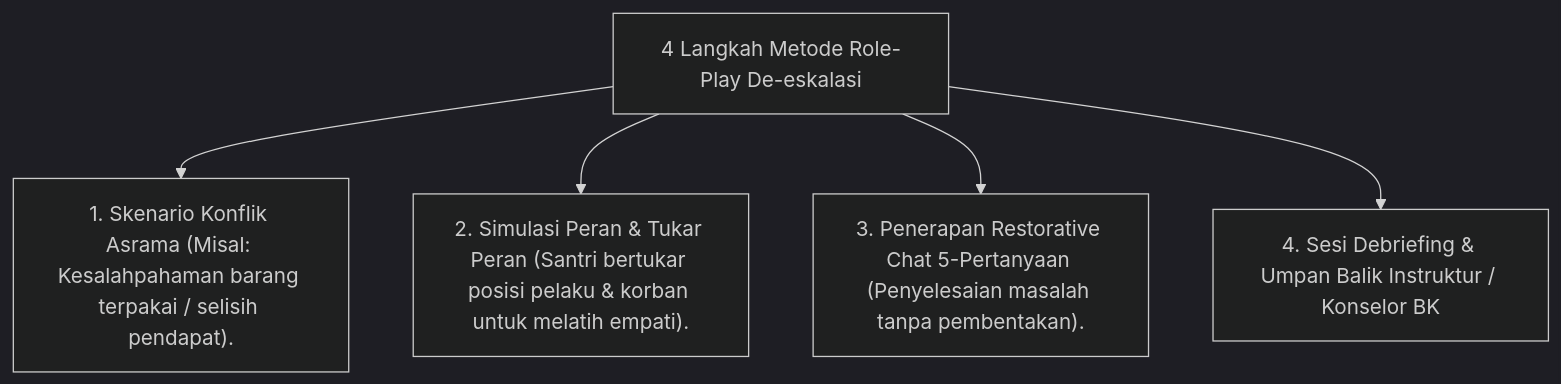
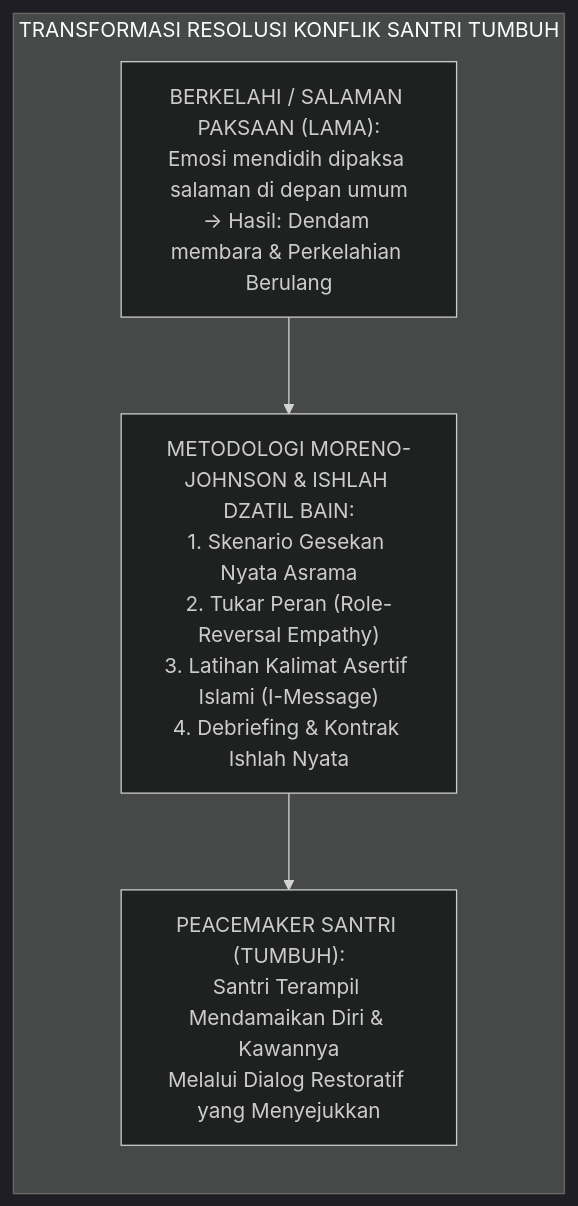
The first of 2 diagrams in 10 Methods/06 Experiential Learning/P10-06-03-Metode-Simulasi-Role-Play-Dan-De-eskalasi-Konflik.md (wandiapriliyandi/tumbuh), drawn with Mermaid (dark theme) before and after one commit. The commit also changed other lines of this file and 3 other files, not shown here.

````diff
--- a/10 Methods/06 Experiential Learning/P10-06-03-Metode-Simulasi-Role-Play-Dan-De-eskalasi-Konflik.md
+++ b/10 Methods/06 Experiential Learning/P10-06-03-Metode-Simulasi-Role-Play-Dan-De-eskalasi-Konflik.md
@@ -14,8 +28,7 @@
 ```mermaid
-graph TD
-    RolePlaySOP["4 Langkah Metode Role-Play De-eskalasi"]
-    RolePlaySOP --> ScenarioPrep["1. Skenario Konflik Asrama (Misal: Kesalahpahaman barang terpakai / selisih pendapat)."]
-    RolePlaySOP --> RoleSwitch["2. Simulasi Peran & Tukar Peran (Santri bertukar posisi pelaku & korban untuk melatih empati)."]
-    RolePlaySOP --> RestorativePractice["3. Penerapan Restorative Chat 5-Pertanyaan (Penyelesaian masalah tanpa pembentakan)."]
-    RolePlaySOP --> DebriefFeedback["4. Sesi Debriefing & Umpan Balik Instruktur / Konselor BK"]
+flowchart LR
+    subgraph DeescalationTransformation["TRANSFORMASI RESOLUSI KONFLIK SANTRI TUMBUH"]
+        Fight["BERKELAHI / SALAMAN PAKSAAN (LAMA):<br/>Emosi mendidih dipaksa salaman di depan umum<br/>→ Hasil: Dendam membara & Perkelahian Berulang"] --> Shift["METODOLOGI MORENO-JOHNSON & ISHLAH DZATIL BAIN:<br/>1. Skenario Gesekan Nyata Asrama<br/>2. Tukar Peran (Role-Reversal Empathy)<br/>3. Latihan Kalimat Asertif Islami (I-Message)<br/>4. Debriefing & Kontrak Ishlah Nyata"]
+        Shift --> Peacemaker["PEACEMAKER SANTRI (TUMBUH):<br/>Santri Terampil Mendamaikan Diri & Kawannya<br/>Melalui Dialog Restoratif yang Menyejukkan"]
+    end
 ```
````
